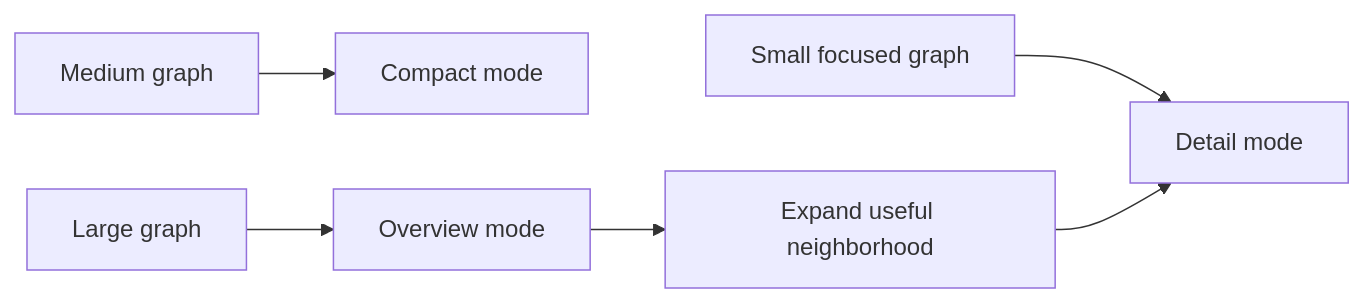
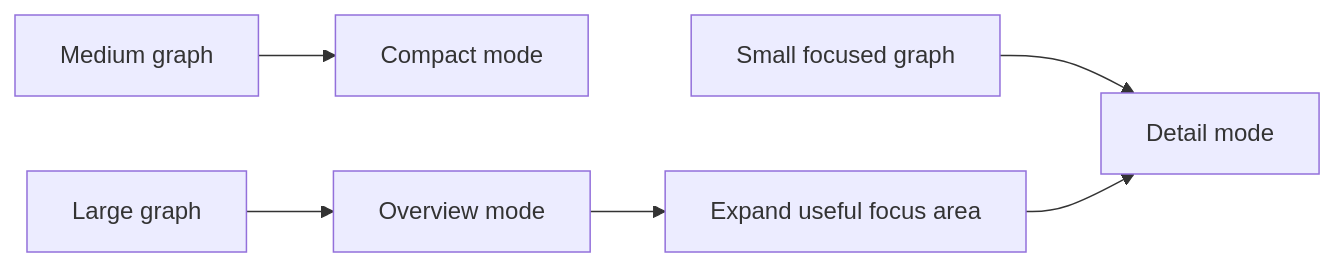
Before and after one commit to eight-atulya/atulya: the fifth of 6 diagrams in atulya-docs/versioned_docs/version-0.8/developer/control-plane-graph-intelligence.mdx, drawn with Mermaid. The commit also changed other lines of this file and 479 other files, not shown here.

````diff
--- a/atulya-docs/versioned_docs/version-0.8/developer/control-plane-graph-intelligence.mdx
+++ b/atulya-docs/versioned_docs/version-0.8/developer/control-plane-graph-intelligence.mdx
@@ -194,8 +252,8 @@
 ```mermaid
 flowchart LR
     A["Small focused graph"] --> B["Detail mode"]
     C["Medium graph"] --> D["Compact mode"]
     E["Large graph"] --> F["Overview mode"]
-    F --> G["Expand useful neighborhood"]
+    F --> G["Expand useful focus area"]
     G --> B
 ```
````
